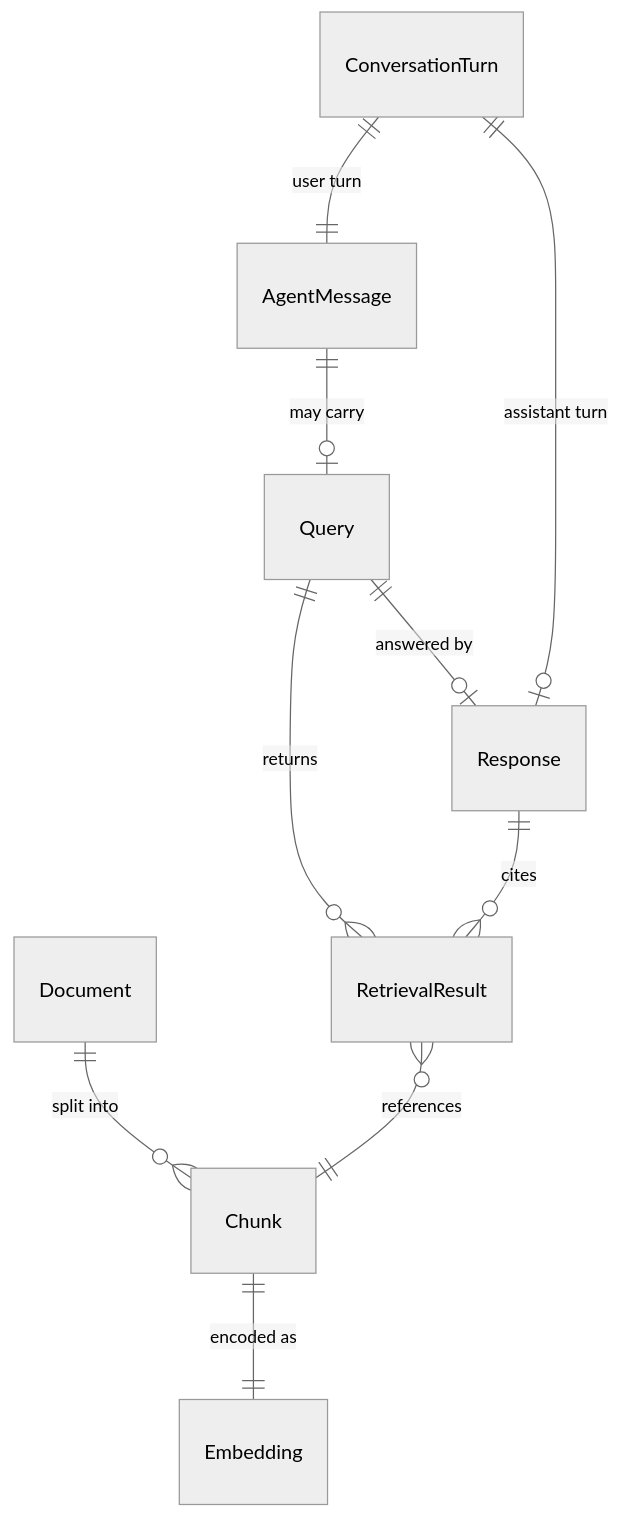
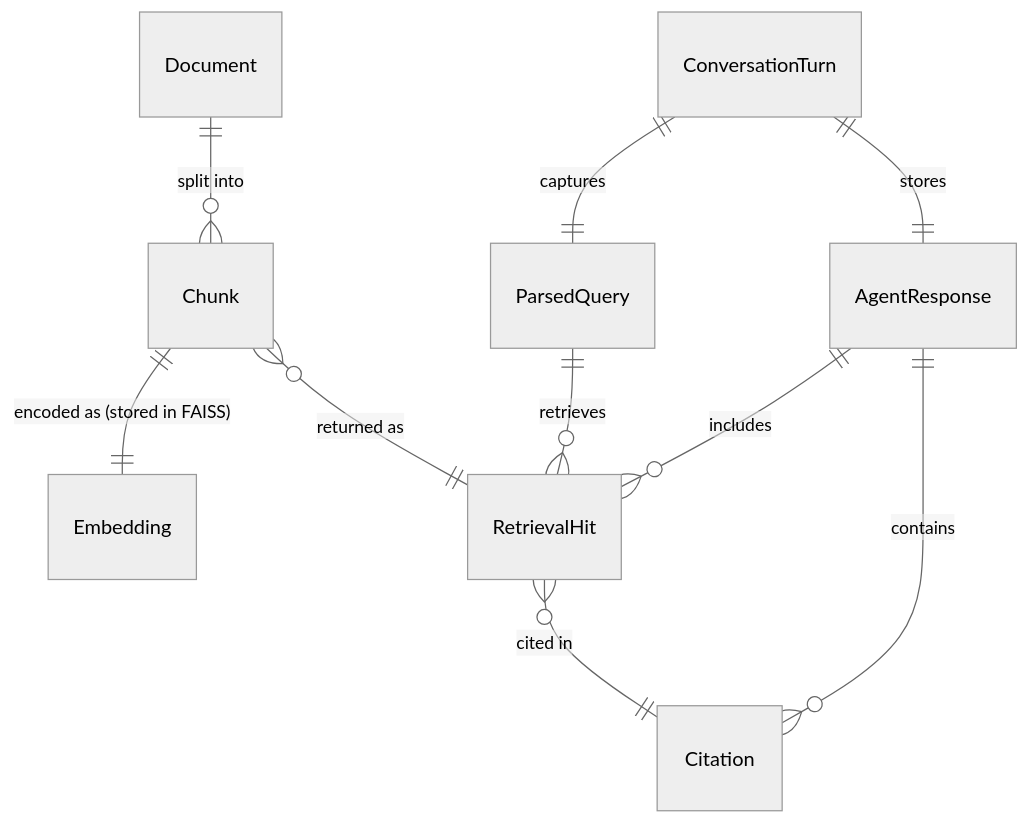
Before and after one commit to Jhansi1717/rag-multi-agent-knowledge-assistant: the diagram in docs/data-models.md, drawn with Mermaid (neutral theme). The commit also changed other lines of this file and 6 other files, not shown here.

Commit message:
docs: rewrite all architecture and tech-stack docs with accurate M1 status and professional diagrams

````diff
--- a/docs/data-models.md
+++ b/docs/data-models.md
@@ -10,12 +10,12 @@
 ```mermaid
 erDiagram
     Document ||--o{ Chunk : "split into"
-    Chunk ||--|| Embedding : "encoded as"
-    Query ||--o{ RetrievalResult : "returns"
-    RetrievalResult }o--|| Chunk : "references"
-    Query ||--o| Response : "answered by"
-    Response ||--o{ RetrievalResult : "cites"
-    AgentMessage ||--o| Query : "may carry"
-    ConversationTurn ||--|| AgentMessage : "user turn"
-    ConversationTurn ||--o| Response : "assistant turn"
+    Chunk ||--|| Embedding : "encoded as (stored in FAISS)"
+    Chunk }o--|| RetrievalHit : "returned as"
+    ParsedQuery ||--o{ RetrievalHit : "retrieves"
+    RetrievalHit }o--|| Citation : "cited in"
+    AgentResponse ||--o{ Citation : "contains"
+    AgentResponse ||--o{ RetrievalHit : "includes"
+    ConversationTurn ||--|| ParsedQuery : "captures"
+    ConversationTurn ||--|| AgentResponse : "stores"
 ```
````
